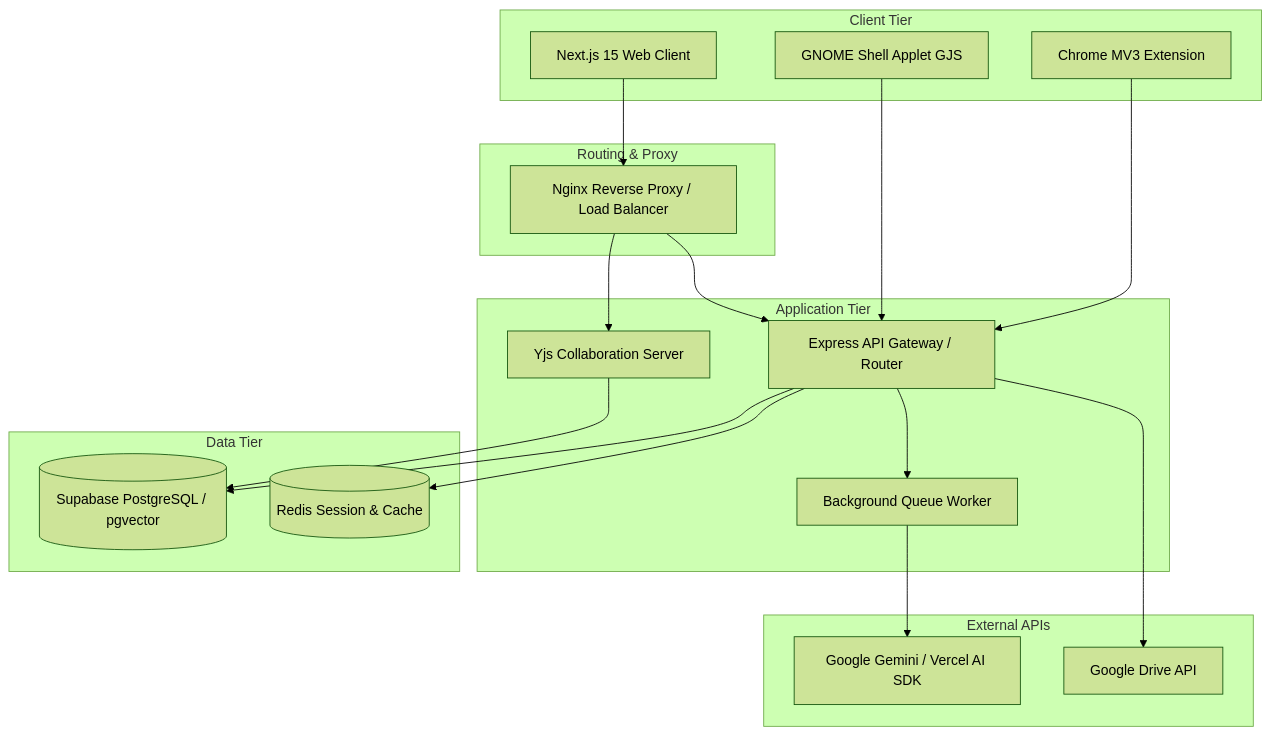
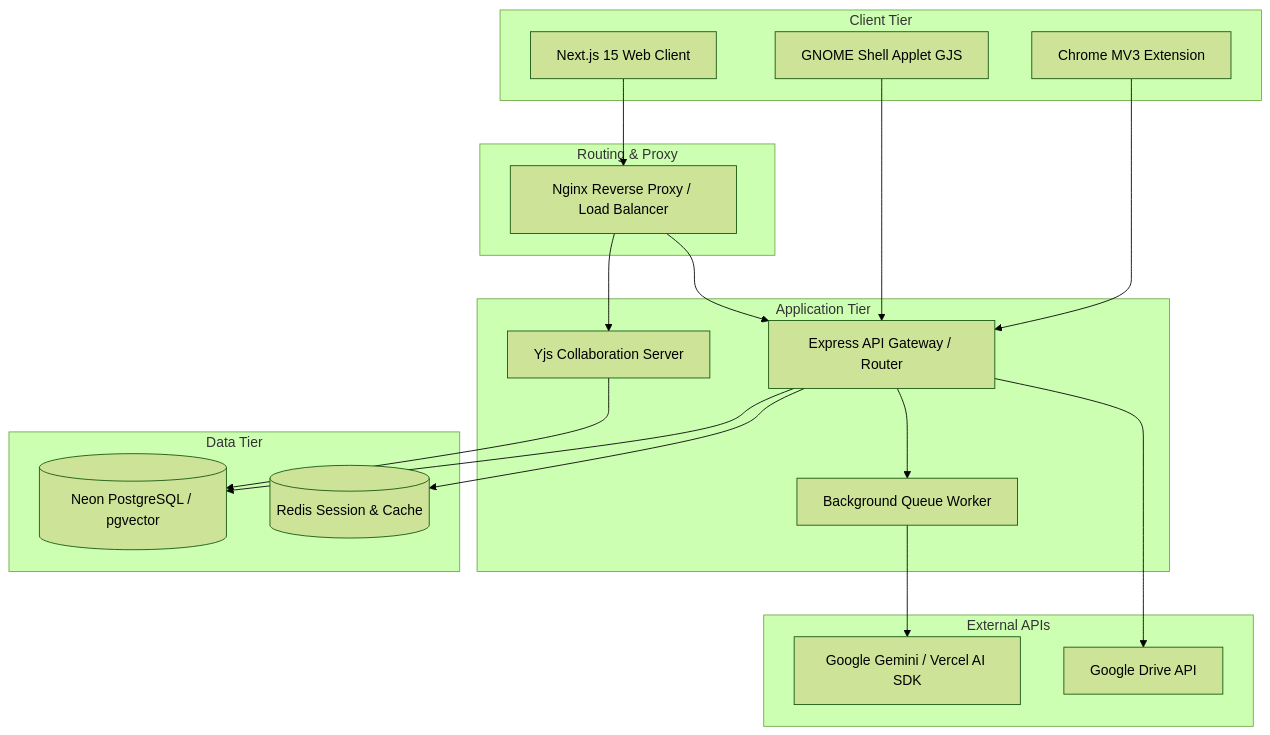
Before and after one commit to FreyGold/Cortex: the diagram in README.md, drawn with Mermaid (forest theme). The commit also changed other lines of this file and 694 other files, not shown here.

````diff
--- a/README.md
+++ b/README.md
@@ -41,50 +41,50 @@
 ```mermaid
 graph TD
     %% Clients
     subgraph Client Tier
         FE[Next.js 15 Web Client]
         CR[Chrome MV3 Extension]
         GN[GNOME Shell Applet GJS]
     end
 
     %% Routing & Gateways
     subgraph Routing & Proxy
         NGINX[Nginx Reverse Proxy / Load Balancer]
     end
 
     %% Services
     subgraph Application Tier
         GW[Express API Gateway / Router]
         WS[Yjs Collaboration Server]
         BG[Background Queue Worker]
     end
 
     %% Data / Storage
     subgraph Data Tier
-        DB[(Supabase PostgreSQL / pgvector)]
+        DB[(Neon PostgreSQL / pgvector)]
         RED[(Redis Session & Cache)]
     end
 
     %% External APIs
     subgraph External APIs
         GEM[Google Gemini / Vercel AI SDK]
         GDR[Google Drive API]
     end
 
     %% Connections
     FE --> NGINX
     CR --> GW
     GN --> GW
     
     NGINX --> GW
     NGINX --> WS
     
     GW --> RED
     GW --> DB
     GW --> BG
     
     WS --> DB
     
     BG --> GEM
     GW --> GDR
 ```
````
